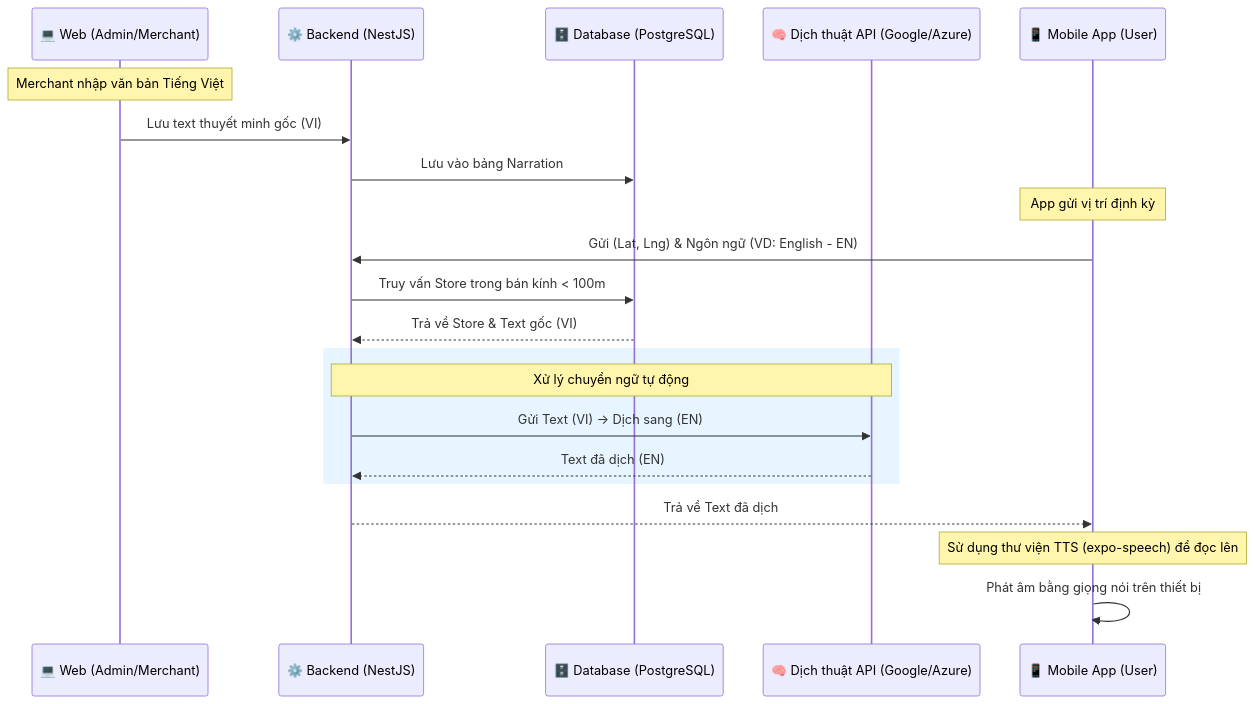
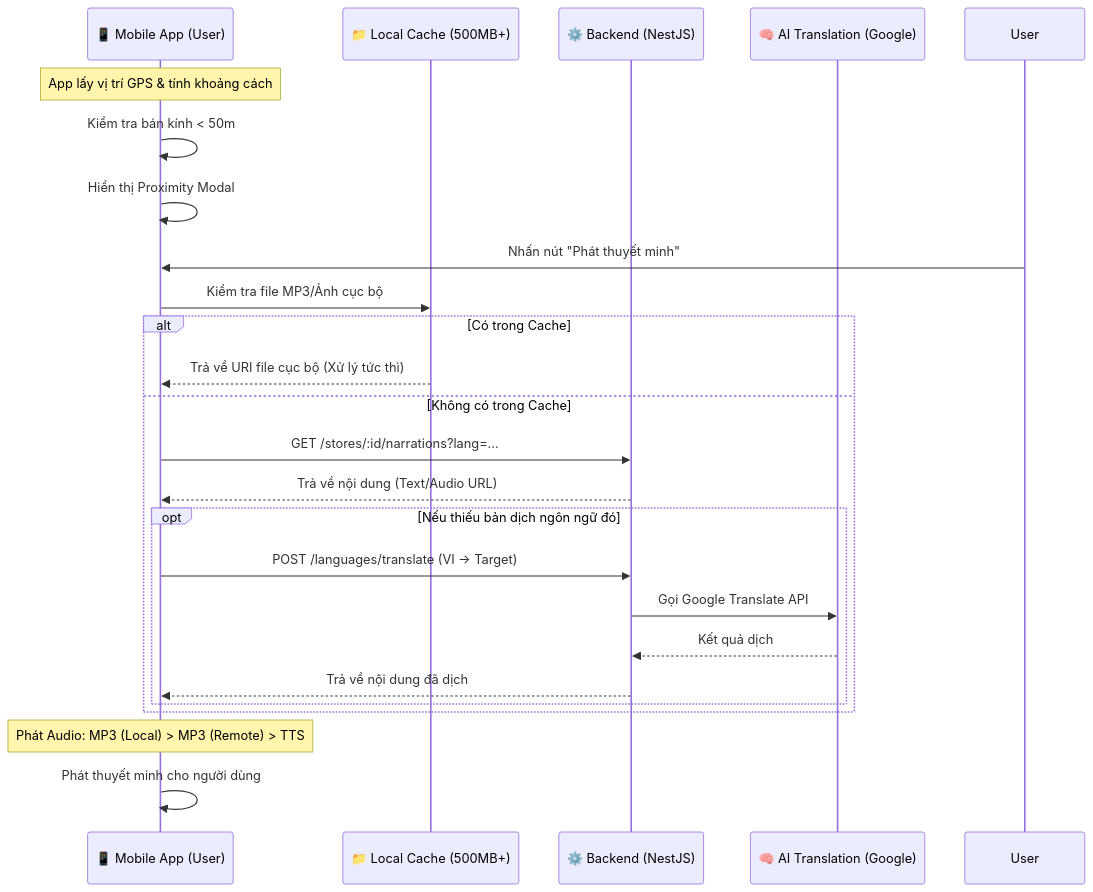
The diagram in docs/thuyet_minh_feature.md (thankhanh/Seminar_sgu), drawn with Mermaid before and after one commit. The commit also changed other lines of this file and 36 other files, not shown here.

Commit message:
thêm upload ảnh từ máy cho admin và merchant, tìm kiếm địa chỉ thay vì nhập tọa độ

````diff
--- a/docs/thuyet_minh_feature.md
+++ b/docs/thuyet_minh_feature.md
@@ -11,27 +11,31 @@
 ```mermaid
 sequenceDiagram
-    participant Web as 💻 Web (Admin/Merchant)
+    participant App as 📱 Mobile App (User)
+    participant Cache as 📁 Local Cache (500MB+)
     participant BE as ⚙️ Backend (NestJS)
-    participant DB as 🗄️ Database (PostgreSQL)
-    participant AI as 🧠 Dịch thuật API (Google/Azure)
-    participant App as 📱 Mobile App (User)
+    participant AI as 🧠 AI Translation (Google)
 
-    Note over Web: Merchant nhập văn bản Tiếng Việt
-    Web->>BE: Lưu text thuyết minh gốc (VI)
-    BE->>DB: Lưu vào bảng Narration
+    Note over App: App lấy vị trí GPS & tính khoảng cách
+    App->>App: Kiểm tra bán kính < 50m
+    App->>App: Hiển thị Proximity Modal
 
-    Note over App: App gửi vị trí định kỳ
-    App->>BE: Gửi (Lat, Lng) & Ngôn ngữ (VD: English - EN)
-    BE->>DB: Truy vấn Store trong bán kính < 100m
-    DB-->>BE: Trả về Store & Text gốc (VI)
+    User->>App: Nhấn nút "Phát thuyết minh"
     
-    rect rgb(230, 245, 255)
-        Note over BE, AI: Xử lý chuyển ngữ tự động
-        BE->>AI: Gửi Text (VI) -> Dịch sang (EN)
-        AI-->>BE: Text đã dịch (EN)
+    App->>Cache: Kiểm tra file MP3/Ảnh cục bộ
+    alt Có trong Cache
+        Cache-->>App: Trả về URI file cục bộ (Xử lý tức thì)
+    else Không có trong Cache
+        App->>BE: GET /stores/:id/narrations?lang=...
+        BE-->>App: Trả về nội dung (Text/Audio URL)
+        
+        opt Nếu thiếu bản dịch ngôn ngữ đó
+            App->>BE: POST /languages/translate (VI -> Target)
+            BE->>AI: Gọi Google Translate API
+            AI-->>BE: Kết quả dịch
+            BE-->>App: Trả về nội dung đã dịch
+        end
     end
 
-    BE-->>App: Trả về Text đã dịch
-    Note over App: Sử dụng thư viện TTS (expo-speech) để đọc lên
-    App->>App: Phát âm bằng giọng nói trên thiết bị
+    Note over App: Phát Audio: MP3 (Local) > MP3 (Remote) > TTS
+    App->>App: Phát thuyết minh cho người dùng
 ```
````
